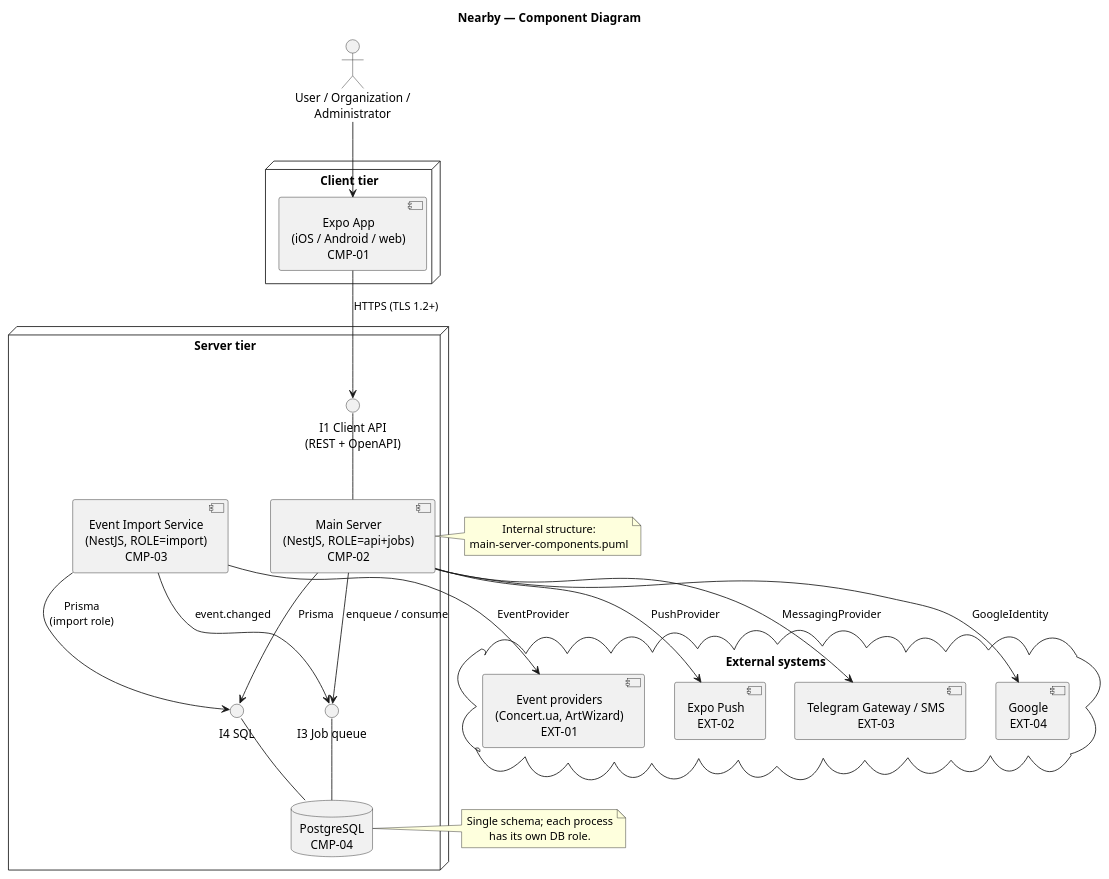
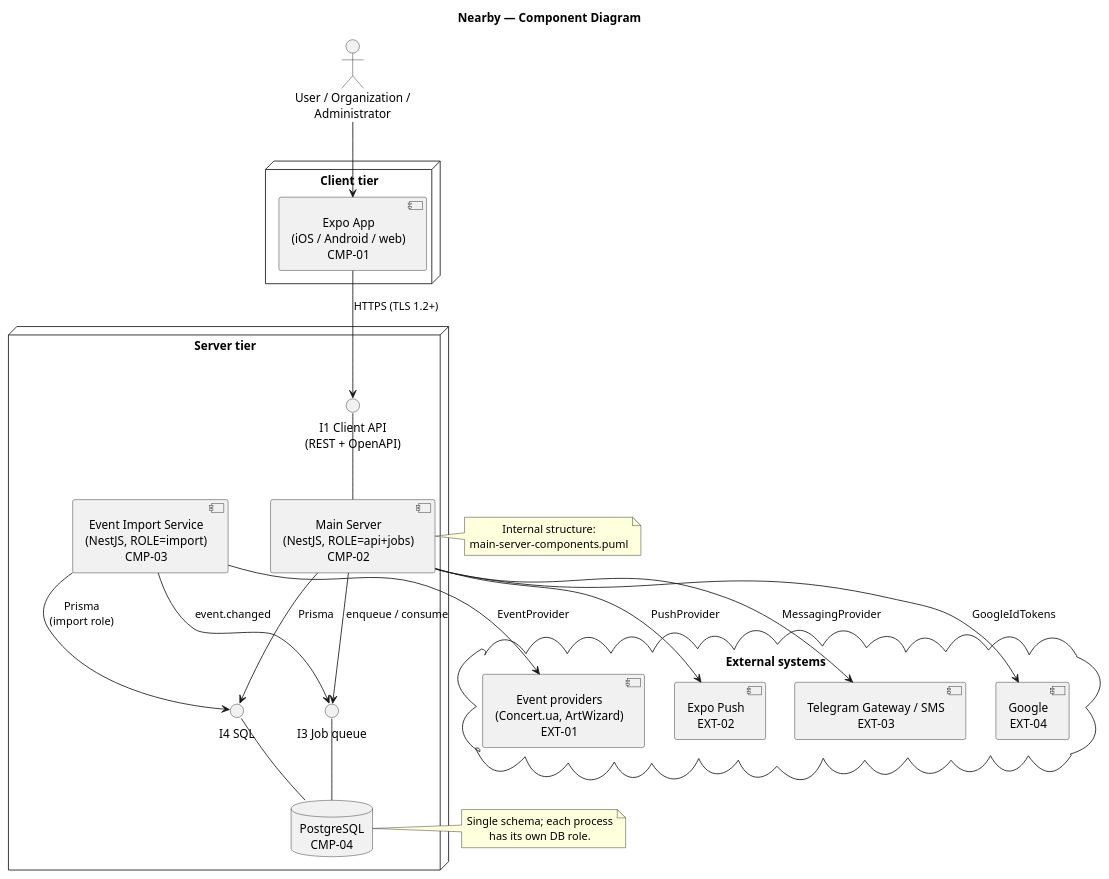
The diagram in docs/architecture/uml/component-diagram.puml (ukma-fin-ssdm-2026/pun-intended-team), drawn with PlantUML before and after one commit. The commit also changed 9 other files, not shown here.

```diff
--- a/docs/architecture/uml/component-diagram.puml
+++ b/docs/architecture/uml/component-diagram.puml
@@ -1,61 +1,61 @@
 @startuml component-diagram
 /'
   AI Usage Note
   Drafted with Claude from an architecture discussion led by Viktoriia Baran.
 '/
 title Nearby — Component Diagram
 
 skinparam componentStyle uml2
 skinparam shadowing false
 skinparam defaultTextAlignment center
 
 actor "User / Organization /\nAdministrator" as Actor
 
 node "Client tier" {
   [Expo App\n(iOS / Android / web)\nCMP-01] as CMP01
 }
 
 node "Server tier" {
   () "I1 Client API\n(REST + OpenAPI)" as I1
   [Main Server\n(NestJS, ROLE=api+jobs)\nCMP-02] as CMP02
   [Event Import Service\n(NestJS, ROLE=import)\nCMP-03] as CMP03
 
   () "I4 SQL" as I4
   () "I3 Job queue" as I3
   database "PostgreSQL\nCMP-04" as CMP04
 }
 
 cloud "External systems" {
   [Expo Push\nEXT-02] as EXT02
   [Telegram Gateway / SMS\nEXT-03] as EXT03
   [Google\nEXT-04] as EXT04
   [Event providers\n(Concert.ua, ArtWizard)\nEXT-01] as EXT01
 }
 
 Actor --> CMP01
 CMP01 -down-> I1 : HTTPS (TLS 1.2+)
 I1 -down- CMP02
 
 CMP02 -down-> I4 : Prisma
 CMP03 -down-> I4 : Prisma\n(import role)
 CMP02 -down-> I3 : enqueue / consume
 CMP03 -down-> I3 : event.changed
 I4 -down- CMP04
 I3 -down- CMP04
 
 CMP02 -down-> EXT02 : «PushProvider»
 CMP02 -down-> EXT03 : «MessagingProvider»
-CMP02 -down-> EXT04 : «GoogleIdentity»
+CMP02 -down-> EXT04 : «GoogleIdTokens»
 CMP03 -down-> EXT01 : «EventProvider»
 
 note right of CMP04
   Single schema; each process
   has its own DB role.
 end note
 
 note left of CMP02
   Internal structure:
   main-server-components.puml
 end note
 
 @enduml
```
